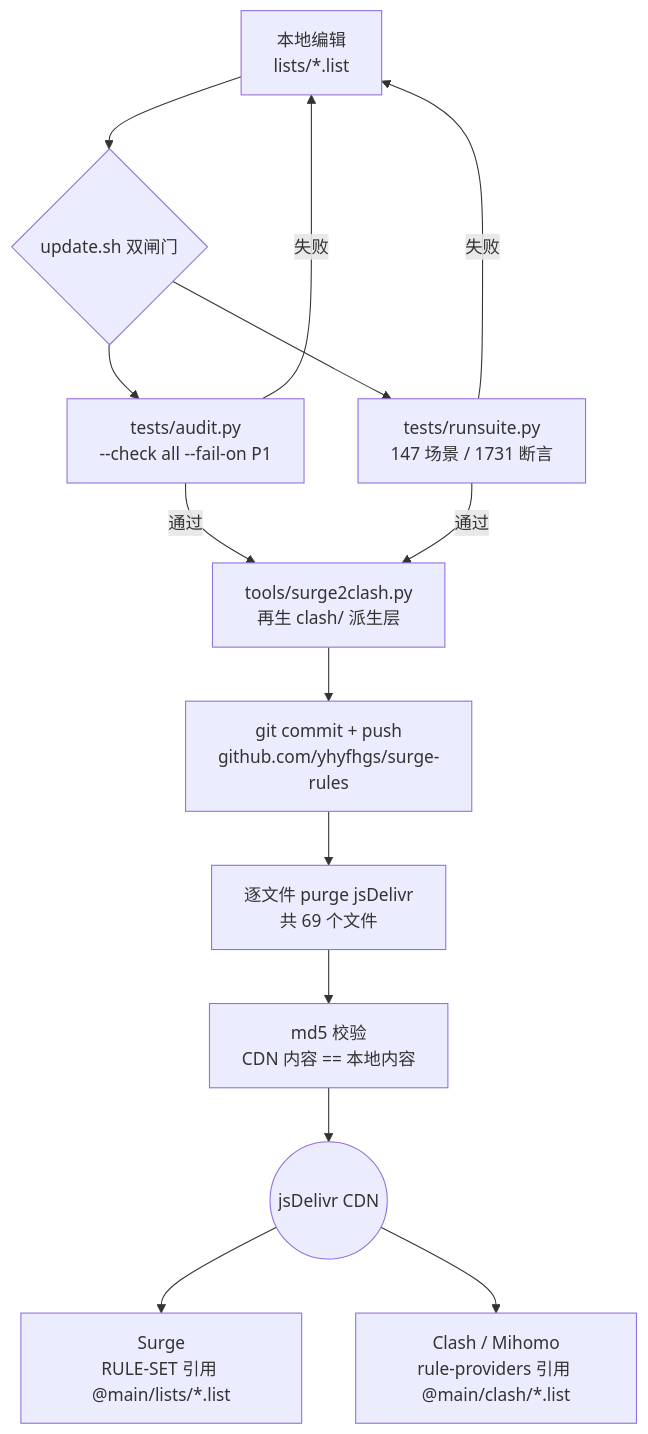
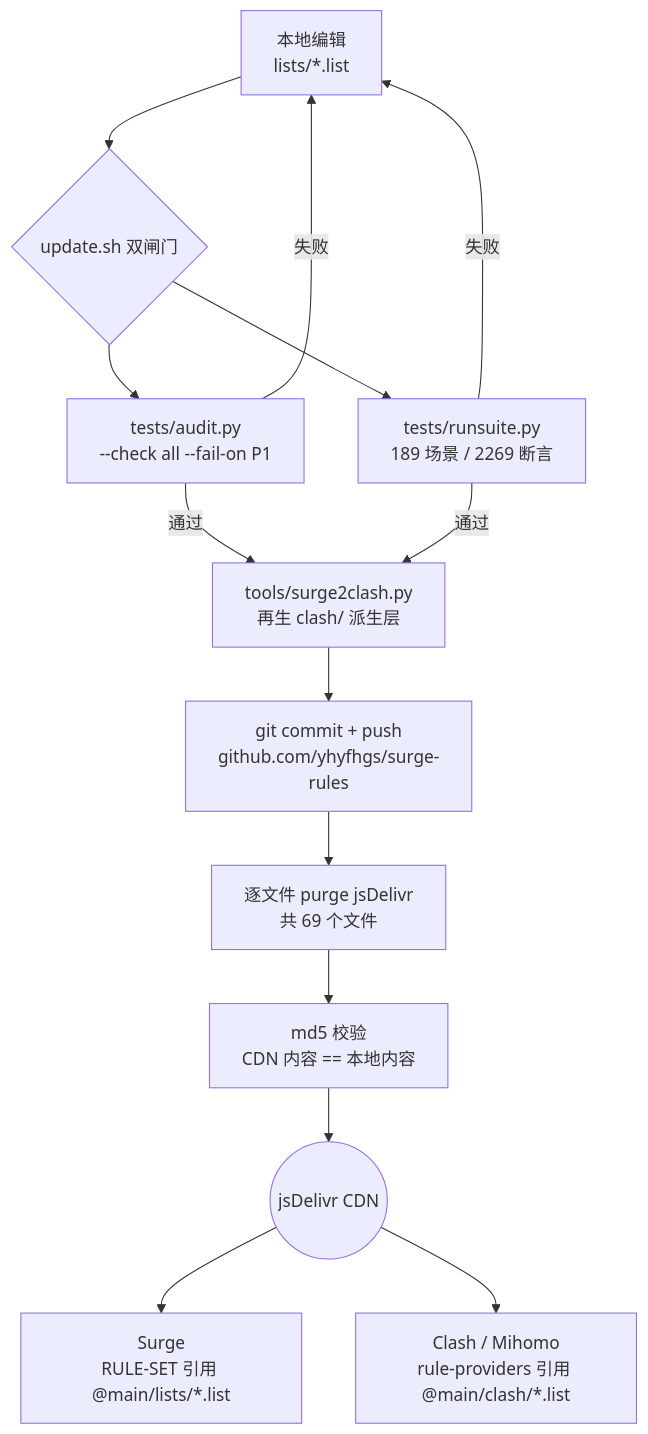
One commit to yhyfhgs/surge-rules changed the diagram in README.md. Above: the diagram before and after it, drawn with Mermaid. The commit also changed other lines of this file and 87 other files, not shown here.

````diff
--- a/README.md
+++ b/README.md
@@ -11,16 +11,16 @@
 ```mermaid
 flowchart TD
     A["本地编辑<br/>lists/*.list"] --> B{"update.sh 双闸门"}
     B --> B1["tests/audit.py<br/>--check all --fail-on P1"]
-    B --> B2["tests/runsuite.py<br/>147 场景 / 1731 断言"]
+    B --> B2["tests/runsuite.py<br/>189 场景 / 2269 断言"]
     B1 -- 失败 --> A
     B2 -- 失败 --> A
     B1 -- 通过 --> C
     B2 -- 通过 --> C["tools/surge2clash.py<br/>再生 clash/ 派生层"]
     C --> D["git commit + push<br/>github.com/yhyfhgs/surge-rules"]
     D --> E["逐文件 purge jsDelivr<br/>共 69 个文件"]
     E --> F["md5 校验<br/>CDN 内容 == 本地内容"]
     F --> G(("jsDelivr CDN"))
     G --> H["Surge<br/>RULE-SET 引用 @main/lists/*.list"]
     G --> I["Clash / Mihomo<br/>rule-providers 引用 @main/clash/*.list"]
 ```
````
